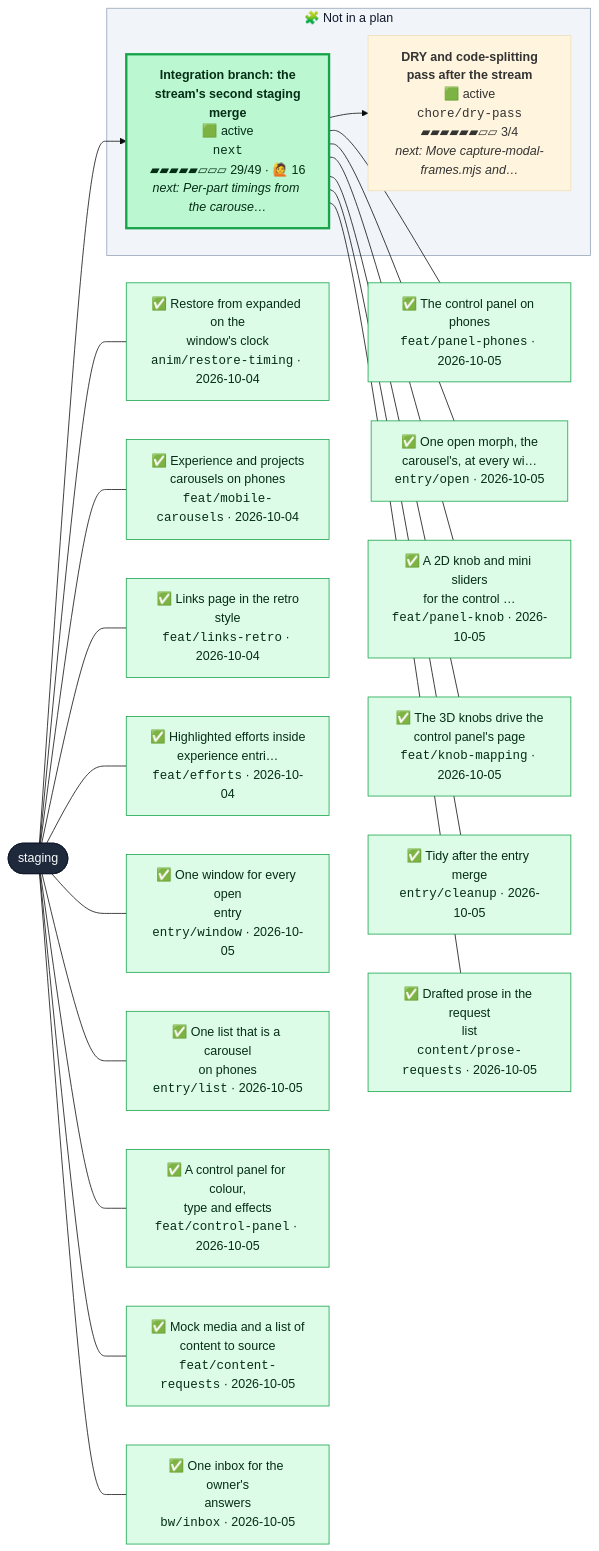
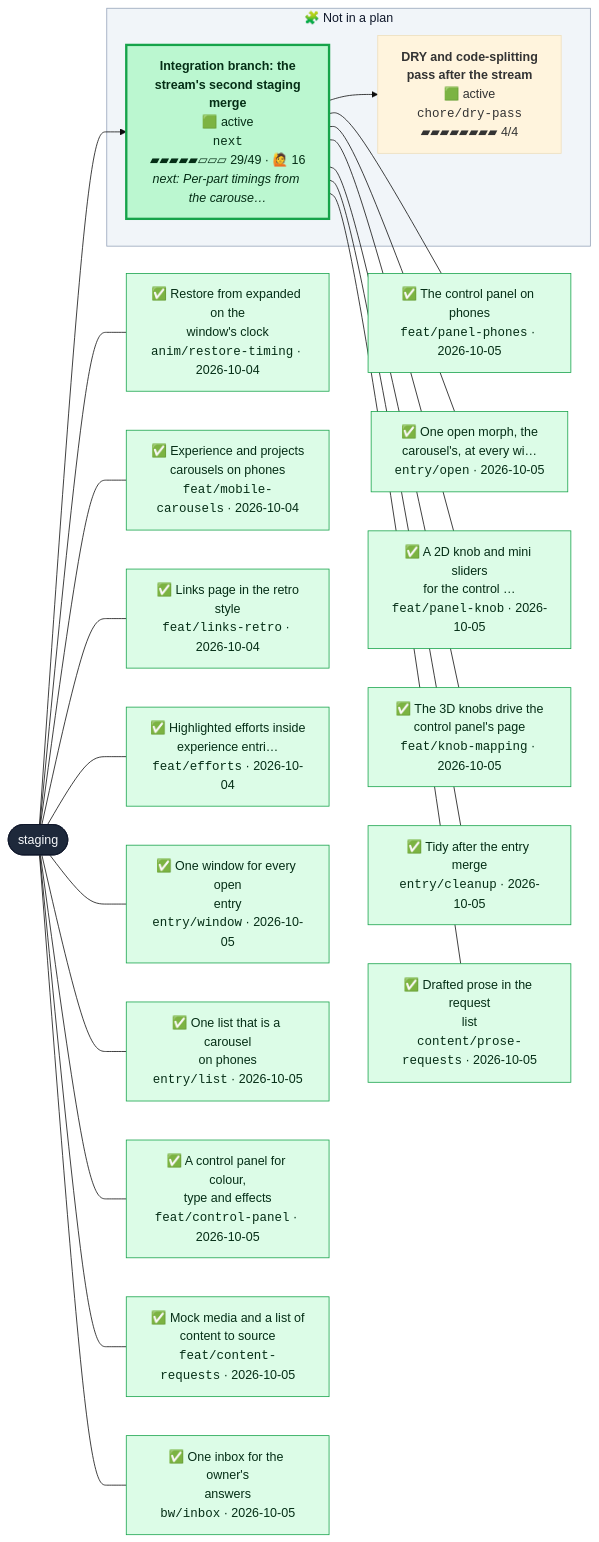
One commit to henryjonescodes/portfolio changed the second of 2 diagrams in CONTRIBUTING.md. Above: the diagram before and after it, drawn with Mermaid (base theme). The commit also changed other lines of this file, not shown here.

````diff
--- a/CONTRIBUTING.md
+++ b/CONTRIBUTING.md
@@ -57,68 +54,68 @@
 ```mermaid
 flowchart LR
   n_staging([staging])
   class n_staging trunk
   subgraph loose["🧩 Not in a plan"]
-    n_chore_dry_pass["<b>DRY and code-splitting<br/>pass after the stream</b><br/>🟩 active<br/><code>chore/dry-pass</code><br/>▰▰▰▰▰▰▱▱ 3/4<br/><i>next: Move capture-modal-frames.mjs and…</i>"]
+    n_chore_dry_pass["<b>DRY and code-splitting<br/>pass after the stream</b><br/>🟩 active<br/><code>chore/dry-pass</code><br/>▰▰▰▰▰▰▰▰ 4/4"]
     class n_chore_dry_pass active,current
     n_next["<b>Integration branch: the<br/>stream's second staging<br/>merge</b><br/>🟩 active<br/><code>next</code><br/>▰▰▰▰▰▱▱▱ 29/49 · 🙋 16<br/><i>next: Per-part timings from the carouse…</i>"]
     class n_next active
   end
   style loose fill:#f1f5f9,stroke:#94a3b8,color:#0f172a
   n_next --> n_chore_dry_pass
   n_staging --> n_next
   landed_0["✅ Restore from expanded on the<br/>window's clock<br/><code>anim/restore-timing</code> · 2026-10-04"]
   class landed_0 merged
   n_staging --- landed_0
   landed_1["✅ Experience and projects<br/>carousels on phones<br/><code>feat/mobile-carousels</code> · 2026-10-04"]
   class landed_1 merged
   n_staging --- landed_1
   landed_2["✅ Links page in the retro<br/>style<br/><code>feat/links-retro</code> · 2026-10-04"]
   class landed_2 merged
   n_staging --- landed_2
   landed_3["✅ Highlighted efforts inside<br/>experience entri…<br/><code>feat/efforts</code> · 2026-10-04"]
   class landed_3 merged
   n_staging --- landed_3
   landed_4["✅ One window for every open<br/>entry<br/><code>entry/window</code> · 2026-10-05"]
   class landed_4 merged
   n_staging --- landed_4
   landed_5["✅ One list that is a carousel<br/>on phones<br/><code>entry/list</code> · 2026-10-05"]
   class landed_5 merged
   n_staging --- landed_5
   landed_6["✅ A control panel for colour,<br/>type and effects<br/><code>feat/control-panel</code> · 2026-10-05"]
   class landed_6 merged
   n_staging --- landed_6
   landed_7["✅ Mock media and a list of<br/>content to source<br/><code>feat/content-requests</code> · 2026-10-05"]
   class landed_7 merged
   n_staging --- landed_7
   landed_8["✅ One inbox for the owner's<br/>answers<br/><code>bw/inbox</code> · 2026-10-05"]
   class landed_8 merged
   n_staging --- landed_8
   landed_9["✅ The control panel on phones<br/><code>feat/panel-phones</code> · 2026-10-05"]
   class landed_9 merged
   n_next --- landed_9
   landed_10["✅ One open morph, the<br/>carousel's, at every wi…<br/><code>entry/open</code> · 2026-10-05"]
   class landed_10 merged
   n_next --- landed_10
   landed_11["✅ A 2D knob and mini sliders<br/>for the control …<br/><code>feat/panel-knob</code> · 2026-10-05"]
   class landed_11 merged
   n_next --- landed_11
   landed_12["✅ The 3D knobs drive the<br/>control panel's page<br/><code>feat/knob-mapping</code> · 2026-10-05"]
   class landed_12 merged
   n_next --- landed_12
   landed_13["✅ Tidy after the entry merge<br/><code>entry/cleanup</code> · 2026-10-05"]
   class landed_13 merged
   n_next --- landed_13
   landed_14["✅ Drafted prose in the request<br/>list<br/><code>content/prose-requests</code> · 2026-10-05"]
   class landed_14 merged
   n_next --- landed_14
   classDef merged fill:#dcfce7,stroke:#16a34a,color:#052e16
   classDef todo fill:#ffffff,stroke:#94a3b8,stroke-dasharray:2 2,color:#334155
   classDef planned fill:#c7d2fe,stroke:#4f46e5,color:#1e1b4b
   classDef sketched fill:#f8fafc,stroke:#64748b,stroke-dasharray:4 3,color:#334155
   classDef active fill:#bbf7d0,stroke:#16a34a,stroke-width:3px,color:#052e16
   classDef review fill:#fde68a,stroke:#d97706,stroke-width:3px,color:#451a03
   classDef blocked fill:#fecaca,stroke:#dc2626,stroke-width:3px,color:#450a0a
   classDef trunk fill:#1e293b,stroke:#0f172a,color:#f8fafc
   classDef current stroke:#0ea5e9,stroke-width:5px
 ```
````
